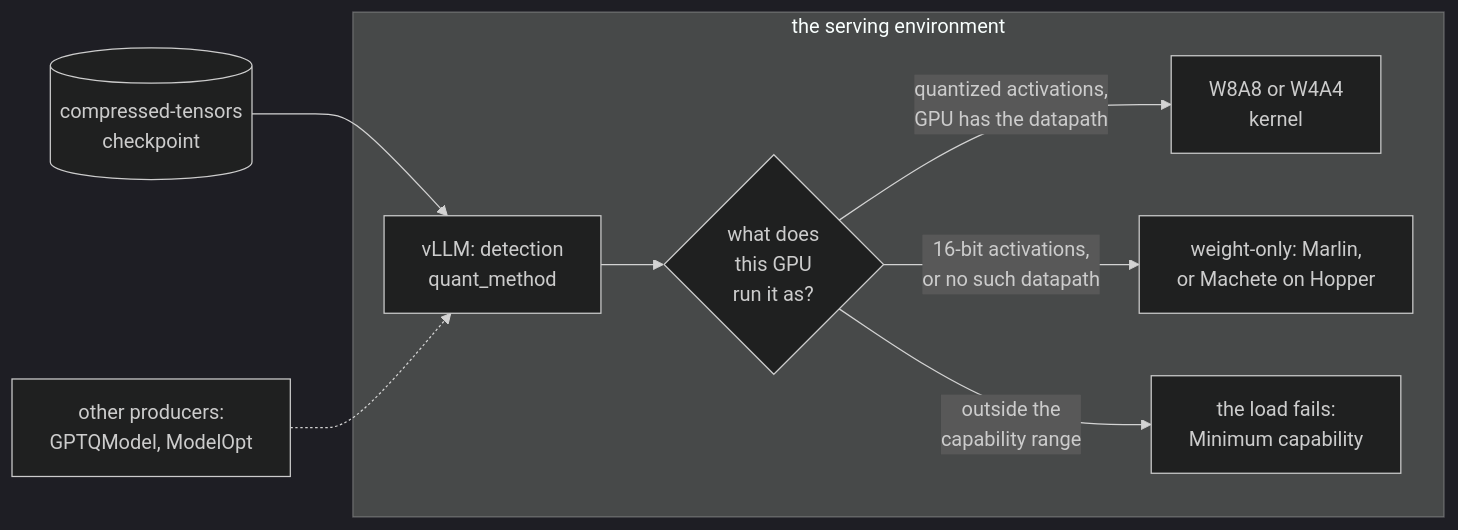
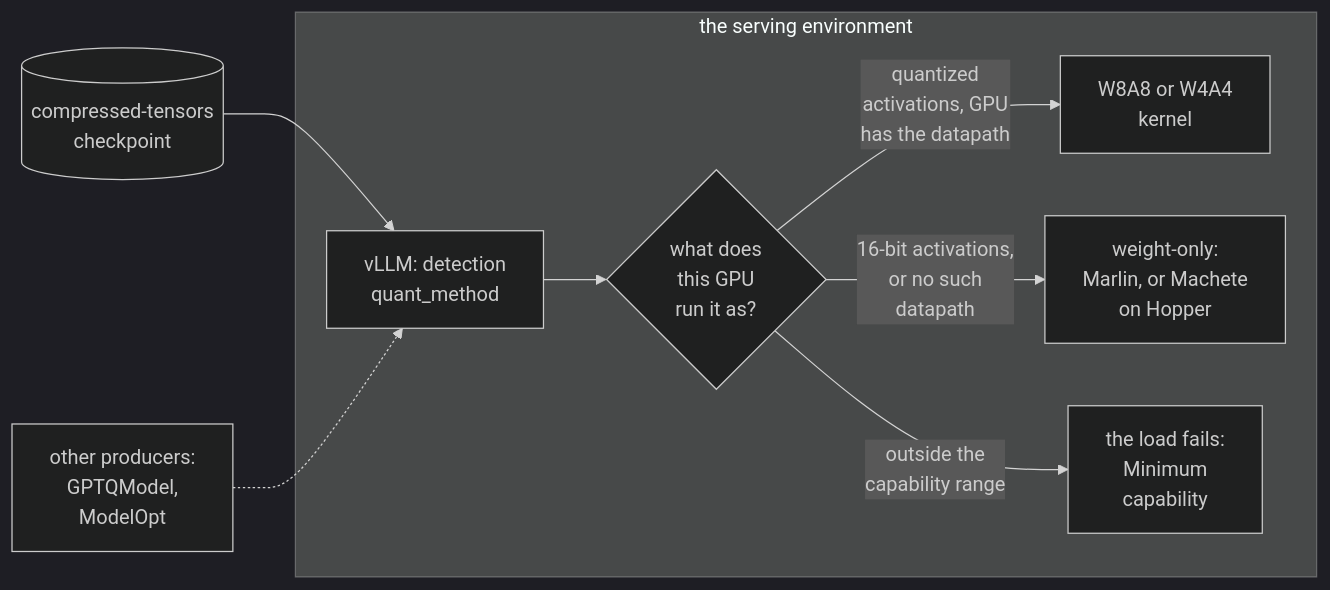
The second of 3 diagrams in 04-inference-engine/quantization/PRIMER.md (aniryou/full-stack-agentic-engineer), drawn with Mermaid (dark theme) before and after one commit. The commit also changed other lines of this file and 15 other files, not shown here.

````diff
--- a/04-inference-engine/quantization/PRIMER.md
+++ b/04-inference-engine/quantization/PRIMER.md
@@ -791,11 +791,11 @@
 ```mermaid
 flowchart LR
   K[("compressed-tensors<br/>checkpoint")] --> V
-  P["other producers:<br/>GPTQModel, ModelOpt"] -.-> V
+  P["other producers:<br/>GPTQModel,<br/>ModelOpt"] -.-> V
   subgraph S["the serving environment"]
     V["vLLM: detection<br/>quant_method"] --> G{"what does<br/>this GPU<br/>run it as?"}
-    G -->|"quantized activations,<br/>GPU has the datapath"| N["W8A8 or W4A4<br/>kernel"]
-    G -->|"16-bit activations,<br/>or no such datapath"| W["weight-only: Marlin,<br/>or Machete on Hopper"]
-    G -->|"outside the<br/>capability range"| E["the load fails:<br/>Minimum capability"]
+    G -->|"quantized<br/>activations, GPU<br/>has the datapath"| N["W8A8 or W4A4<br/>kernel"]
+    G -->|"16-bit activations,<br/>or no such<br/>datapath"| W["weight-only:<br/>Marlin, or Machete<br/>on Hopper"]
+    G -->|"outside the<br/>capability range"| E["the load fails:<br/>Minimum<br/>capability"]
   end
 ```
````
